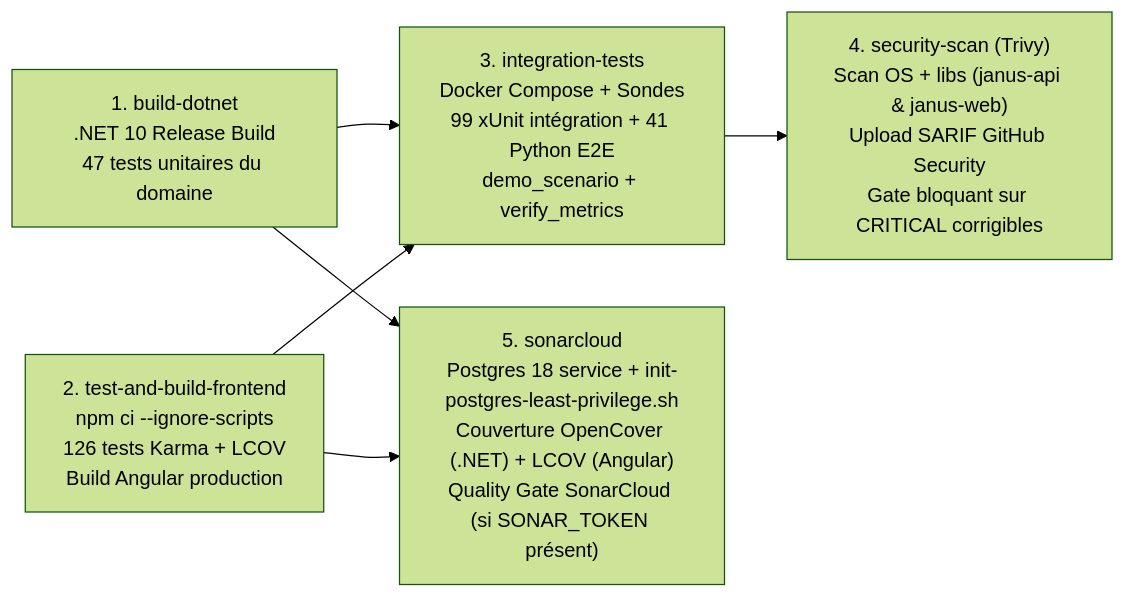
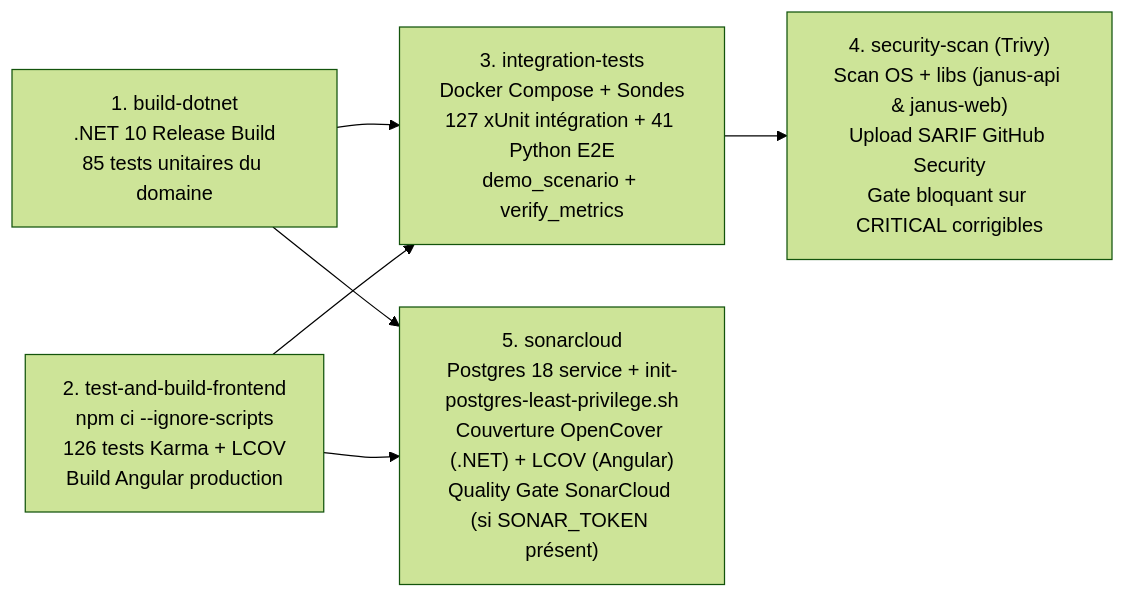
Before and after one commit to nacefmoula/janus-rfid-platform: the fourth of 4 diagrams in README.md, drawn with Mermaid (forest theme). The commit also changed other lines of this file and 61 other files, not shown here.

````diff
--- a/README.md
+++ b/README.md
@@ -643,8 +706,8 @@
 ```mermaid
 flowchart LR
-    J1["1. build-dotnet\n.NET 10 Release Build\n47 tests unitaires du domaine"] --> J3["3. integration-tests\nDocker Compose + Sondes\n99 xUnit intégration + 41 Python E2E\ndemo_scenario + verify_metrics"]
+    J1["1. build-dotnet\n.NET 10 Release Build\n85 tests unitaires du domaine"] --> J3["3. integration-tests\nDocker Compose + Sondes\n127 xUnit intégration + 41 Python E2E\ndemo_scenario + verify_metrics"]
     J2["2. test-and-build-frontend\nnpm ci --ignore-scripts\n126 tests Karma + LCOV\nBuild Angular production"] --> J3
     J3 --> J4["4. security-scan (Trivy)\nScan OS + libs (janus-api & janus-web)\nUpload SARIF GitHub Security\nGate bloquant sur CRITICAL corrigibles"]
     J1 --> J5["5. sonarcloud\nPostgres 18 service + init-postgres-least-privilege.sh\nCouverture OpenCover (.NET) + LCOV (Angular)\nQuality Gate SonarCloud (si SONAR_TOKEN présent)"]
     J2 --> J5
 ```
````
